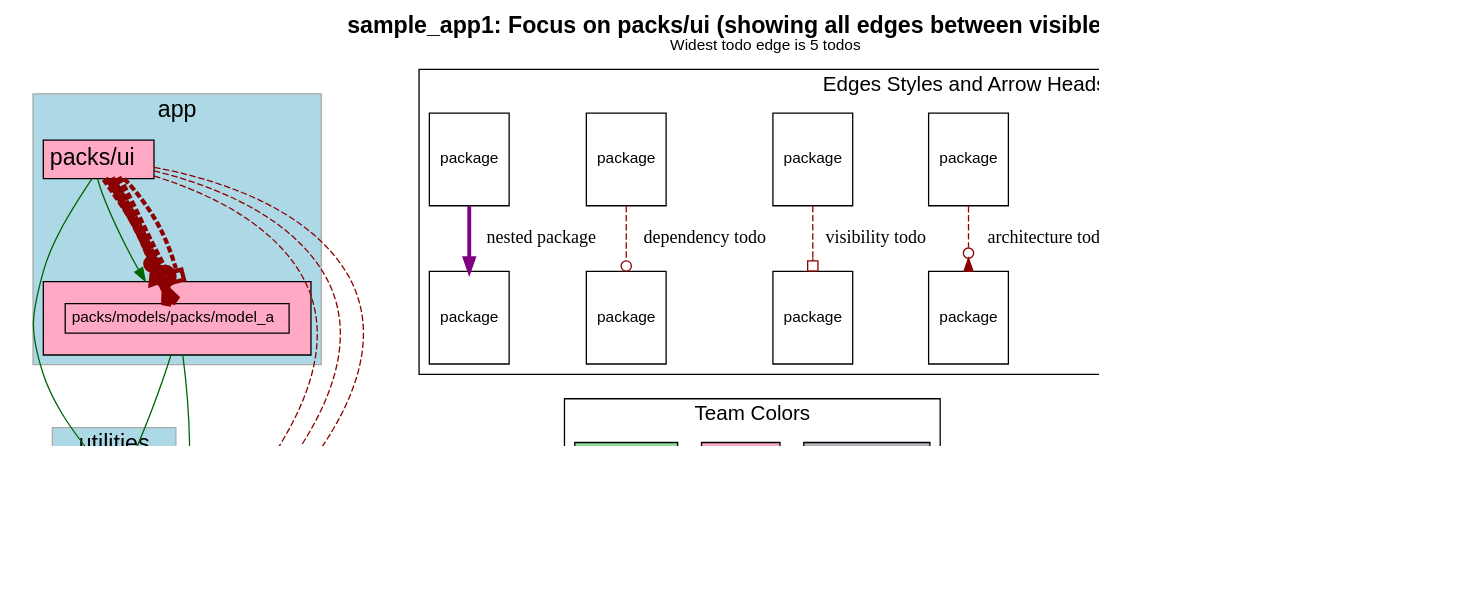
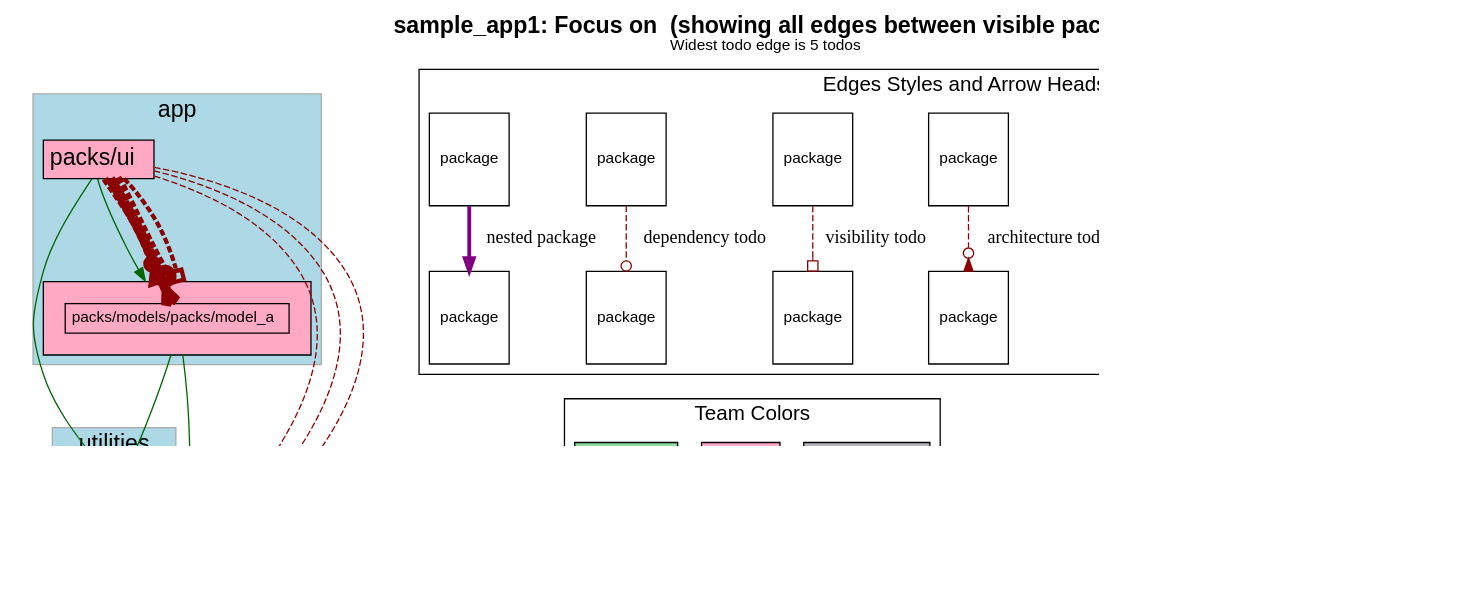
One commit to rubyatscale/visualize_packs changed the diagram in spec/sample_app1/test_output/focussed_on_packs_ui.dot. Above: the diagram before and after it, drawn with Graphviz. The commit also changed 4 other files, not shown here.

```diff
--- a/spec/sample_app1/test_output/focussed_on_packs_ui.dot
+++ b/spec/sample_app1/test_output/focussed_on_packs_ui.dot
@@ -1,192 +1,192 @@
 digraph package_diagram {
   rankdir=TD
   graph [
     labelloc="t"
     fontname="Helvetica,Arial,sans-serif"
     dpi=100
     layout=dot
-    label=<<b>sample_app1: Focus on packs/ui (showing all edges between visible packs)</b><br/><font point-size='12'>Widest todo edge is 5 todos</font>>
+    label=<<b>sample_app1: Focus on  (showing all edges between visible packs)</b><br/><font point-size='12'>Widest todo edge is 5 todos</font>>
     fontsize=18
   ]
   node [
     fontname="Helvetica,Arial,sans-serif"
     fontsize=26.0
     fontcolor=black
     fillcolor=white
     color=black
     height=1.0
     style=filled
     shape=plain
   ]
     subgraph app {
       shape=box
       color=darkgrey
       fillcolor=lightblue
       style=filled
         label="app"
         cluster=true
         rank = 0        "packs/models/packs/model_a" [
             fontsize=12.0
               URL="https://github.com/rubyatscale/visualize_packwerk/tree/main/spec/sample_app/packs/models/packs/model_a"
 
               style=filled
               fillcolor="#FFA9C5"
             label= <
                 <table border='0' cellborder='1' cellspacing='0' cellpadding='16'><tr><td>
                   <table border='0' cellborder='1' cellspacing='0' cellpadding='4'>
                     <tr> <td port='private'> packs/models/packs/model_a </td> </tr>
                   </table>
                 </td></tr></table>
               >
           ]
         
         "packs/ui" [
             fontsize=18.0
               URL="https://github.com/rubyatscale/visualize_packwerk/tree/main/spec/sample_app/packs/ui"
 
               style=filled
               fillcolor="#FFA9C5"
             label= <
                 <table border='0' cellborder='1' cellspacing='0' cellpadding='4'>
                   <tr> <td align='left'> packs/ui </td> </tr>
                 </table>
               >
           ]
         
     }
     subgraph utilities {
       shape=box
       color=darkgrey
       fillcolor=lightblue
       style=filled
         label="utilities"
         cluster=true
         rank = 1        "packs/utility" [
             fontsize=12.0
               URL="https://github.com/rubyatscale/visualize_packwerk/tree/main/spec/sample_app/packs/utility"
 
               style=filled
               fillcolor="#91DBA0"
             label= <
                 <table border='0' cellborder='1' cellspacing='0' cellpadding='4'>
                   <tr> <td align='left'> packs/utility </td> </tr>
                 </table>
               >
           ]
         
     }
               "packs/models/packs/model_a" -> "packs/utility" [ style=invis ]
               "packs/ui" -> "packs/utility" [ style=invis ]
     subgraph NotInLayer {
       shape=box
       color=darkgrey
       fillcolor=lightblue
       style=filled
         cluster=false
         "." [
             fontsize=12.0
               URL="https://github.com/rubyatscale/visualize_packwerk/tree/main/spec/sample_app/"
 
               style=filled
               fillcolor="#B5B4BD"
             label= <
                 <table border='0' cellborder='1' cellspacing='0' cellpadding='4'>
                   <tr> <td align='left'> . </td> </tr>
                 </table>
               >
           ]
         
     }
               "packs/utility" -> "." [ style=invis ]
           "packs/models/packs/model_a" -> "packs/utility" [ color=darkgreen ]
           "packs/models/packs/model_a" -> "." [ color=darkgreen ]
           "packs/ui" -> "packs/models/packs/model_a" [ color=darkgreen ]
           "packs/ui" -> "packs/utility" [ color=darkgreen ]
             "packs/ui" -> "." [ color=darkred style=dashed
                 constraint=false
               # headlabel="dependency"
                 arrowhead=odot
               penwidth=1.0            ]
             "packs/ui" -> "." [ color=darkred style=dashed
                 constraint=false
               # headlabel="architecture"
                 arrowhead=invodot
               penwidth=1.0            ]
             "packs/ui" -> "." [ color=darkred style=dashed
                 constraint=false
               # headlabel="visibility"
                 arrowhead=obox
               penwidth=1.0            ]
             "packs/ui" -> "packs/models/packs/model_a" [ color=darkred style=dashed
                 constraint=false
               # headlabel="dependency"
                 arrowhead=odot
               penwidth=10.0            ]
             "packs/ui" -> "packs/models/packs/model_a":private [ color=darkred style=dashed
                 constraint=false
               # headlabel="privacy"
                 arrowhead=crow
               penwidth=7.75            ]
             "packs/ui" -> "packs/models/packs/model_a" [ color=darkred style=dashed
                 constraint=false
               # headlabel="architecture"
                 arrowhead=invodot
               penwidth=5.5            ]
             "packs/ui" -> "packs/models/packs/model_a" [ color=darkred style=dashed
                 constraint=false
               # headlabel="visibility"
                 arrowhead=obox
               penwidth=3.25            ]
     subgraph cluster_legend {
       fontsize=16
       label="Edges Styles and Arrow Heads"
       A [ fontsize=12 shape=box label="package"]
       B [ fontsize=12 shape=box label="package"]
       C [ fontsize=12 shape=box label="package"]
       D [ fontsize=12 shape=box label="package"]
       E [ fontsize=12 shape=box label="package"]
       F [ fontsize=12 shape=box label="package"]
       G [ fontsize=12 shape=box label="package"]
       H [ fontsize=12 shape=box label="package"]
       I [ fontsize=12 shape=box label="package"]
       J [ fontsize=12 shape=box label="package"]
       K [ fontsize=12 shape=box label="package"]
       L [ fontsize=12 shape=box label="package"]
       A -> B [label="accepted dependency" color=darkgreen]
       C -> D [label="privacy todo" color=darkred style=dashed arrowhead=crow]
       E -> F [label="architecture todo" color=darkred style=dashed arrowhead=invodot]
       G -> H [label="visibility todo" color=darkred style=dashed arrowhead=obox]
       I -> J [label="dependency todo" color=darkred style=dashed arrowhead=odot]
       K -> L [label="nested package" color=purple penwidth=3]
     }
   subgraph cluster_teams_legend {
     fontsize=16
     label="Team Colors"
 
       "ProdInfra TeamProdInfra Team" [
         label="ProdInfra Team"
         style=filled
         fillcolor="#B5B4BD"
         fontsize=12
         shape=box
       ]
 
       "UI TeamUI Team" [
         label="UI Team"
         style=filled
         fillcolor="#FFA9C5"
         fontsize=12
         shape=box
       ]
 
       "Utility TeamUtility Team" [
         label="Utility Team"
         style=filled
         fillcolor="#91DBA0"
         fontsize=12
         shape=box
       ]
 
   }
     J -> "Utility TeamUtility Team" [style=invis]
 }
```
